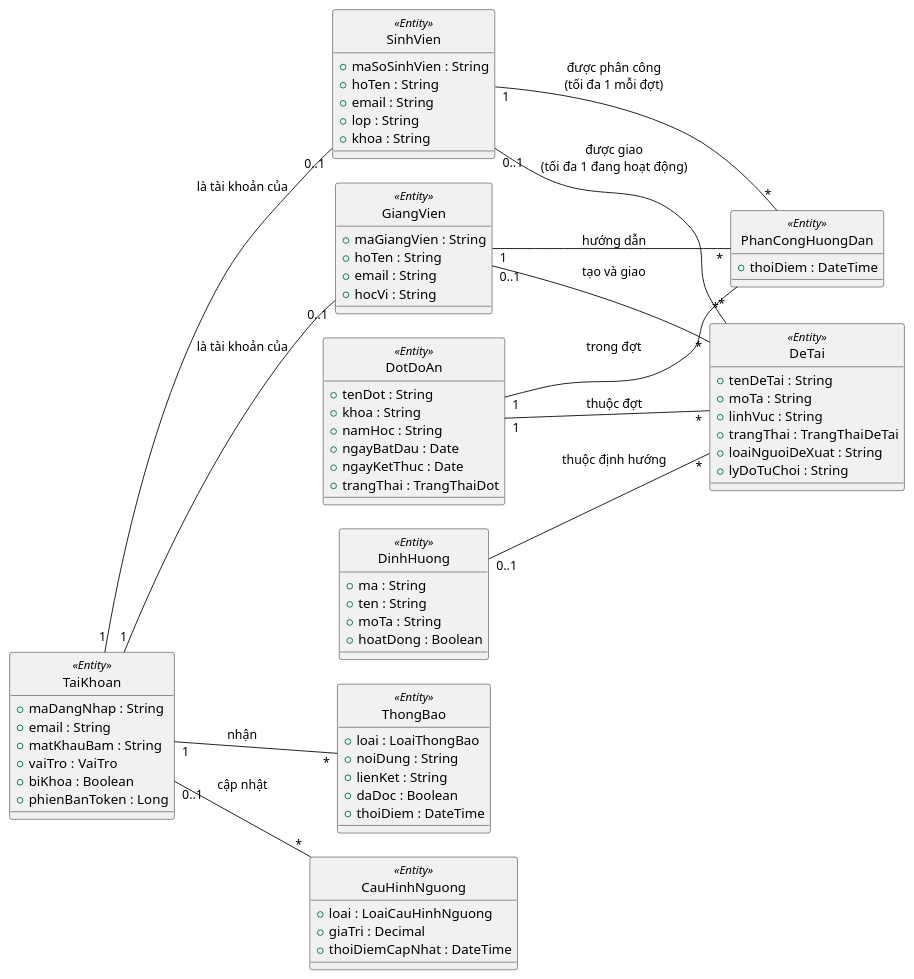
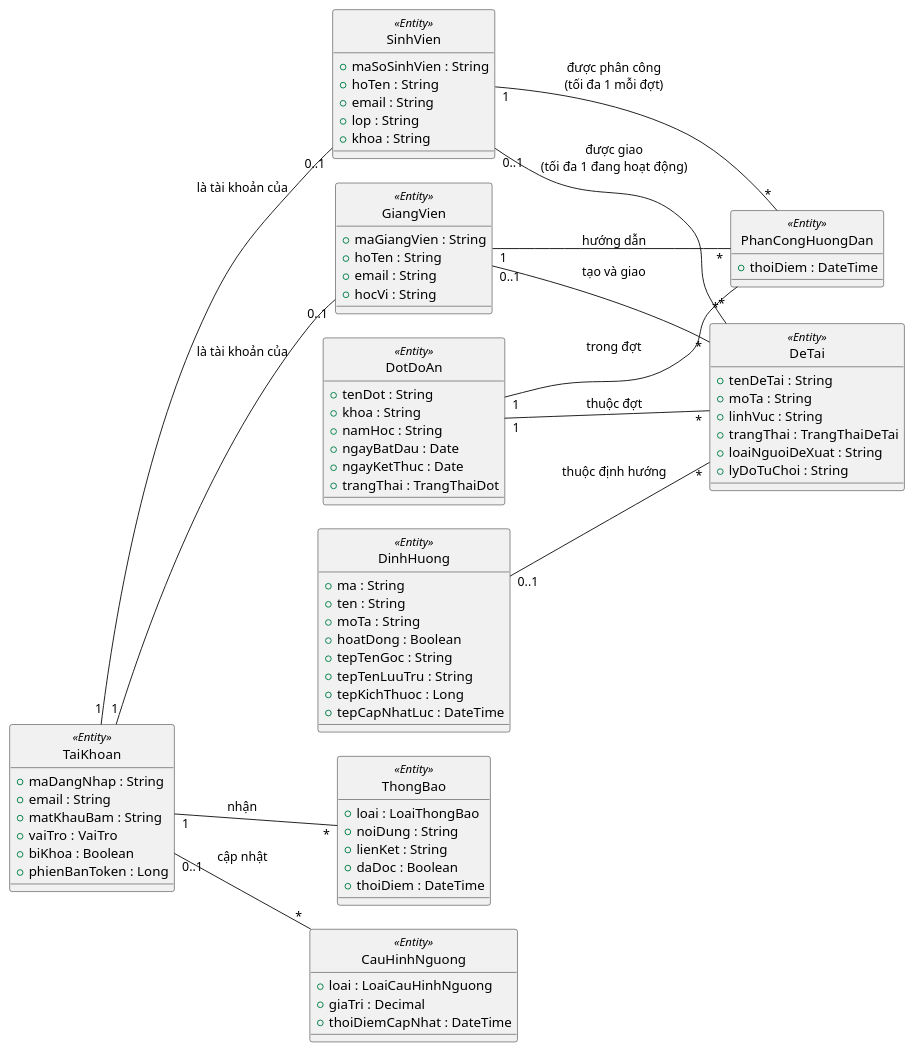
The diagram in docs/chuong-3-thiet-ke/so-do-lop/lop-thuc-the-nguoi-dung-de-tai.puml (dtc235200036-alt/ICTU-DATN-NguyenThiMaiAnh), drawn with PlantUML before and after one commit. The commit also changed 81 other files, not shown here.

```diff
--- a/docs/chuong-3-thiet-ke/so-do-lop/lop-thuc-the-nguoi-dung-de-tai.puml
+++ b/docs/chuong-3-thiet-ke/so-do-lop/lop-thuc-the-nguoi-dung-de-tai.puml
@@ -1,89 +1,93 @@
 @startuml lop-thuc-the-nguoi-dung-de-tai
 ' Nhóm 1: người dùng, đợt đồ án, phân công GVHD, định hướng và đề tài.
 ' Trích từ lop-thuc-the.puml (cùng thuộc tính, cùng bội số); bỏ hộp enum,
 ' giá trị liệt kê trình bày ở bảng kiểu liệt kê của mục 3.1.
 hide circle
 left to right direction
 skinparam nodesep 25
 skinparam ranksep 45
 
 class TaiKhoan <<Entity>> {
   +maDangNhap : String
   +email : String
   +matKhauBam : String
   +vaiTro : VaiTro
   +biKhoa : Boolean
   +phienBanToken : Long
 }
 
 class SinhVien <<Entity>> {
   +maSoSinhVien : String
   +hoTen : String
   +email : String
   +lop : String
   +khoa : String
 }
 
 class GiangVien <<Entity>> {
   +maGiangVien : String
   +hoTen : String
   +email : String
   +hocVi : String
 }
 
 class DotDoAn <<Entity>> {
   +tenDot : String
   +khoa : String
   +namHoc : String
   +ngayBatDau : Date
   +ngayKetThuc : Date
   +trangThai : TrangThaiDot
 }
 
 class PhanCongHuongDan <<Entity>> {
   +thoiDiem : DateTime
 }
 
 class DinhHuong <<Entity>> {
   +ma : String
   +ten : String
   +moTa : String
   +hoatDong : Boolean
+  +tepTenGoc : String
+  +tepTenLuuTru : String
+  +tepKichThuoc : Long
+  +tepCapNhatLuc : DateTime
 }
 
 class DeTai <<Entity>> {
   +tenDeTai : String
   +moTa : String
   +linhVuc : String
   +trangThai : TrangThaiDeTai
   +loaiNguoiDeXuat : String
   +lyDoTuChoi : String
 }
 
 class ThongBao <<Entity>> {
   +loai : LoaiThongBao
   +noiDung : String
   +lienKet : String
   +daDoc : Boolean
   +thoiDiem : DateTime
 }
 
 class CauHinhNguong <<Entity>> {
   +loai : LoaiCauHinhNguong
   +giaTri : Decimal
   +thoiDiemCapNhat : DateTime
 }
 
 TaiKhoan "1" -- "0..1" SinhVien : "là tài khoản của"
 TaiKhoan "1" -- "0..1" GiangVien : "là tài khoản của"
 TaiKhoan "1" -- "*" ThongBao : "nhận"
 TaiKhoan "0..1" -- "*" CauHinhNguong : "cập nhật"
 DotDoAn "1" -- "*" PhanCongHuongDan : "trong đợt"
 SinhVien "1" -- "*" PhanCongHuongDan : "được phân công\n(tối đa 1 mỗi đợt)"
 GiangVien "1" -- "*" PhanCongHuongDan : "hướng dẫn"
 DotDoAn "1" -- "*" DeTai : "thuộc đợt"
 DinhHuong "0..1" -- "*" DeTai : "thuộc định hướng"
 GiangVien "0..1" -- "*" DeTai : "tạo và giao"
 SinhVien "0..1" -- "*" DeTai : "được giao\n(tối đa 1 đang hoạt động)"
 
 @enduml
```
